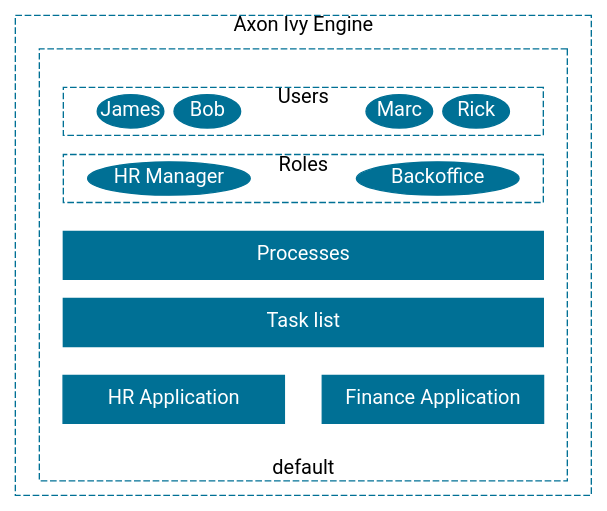
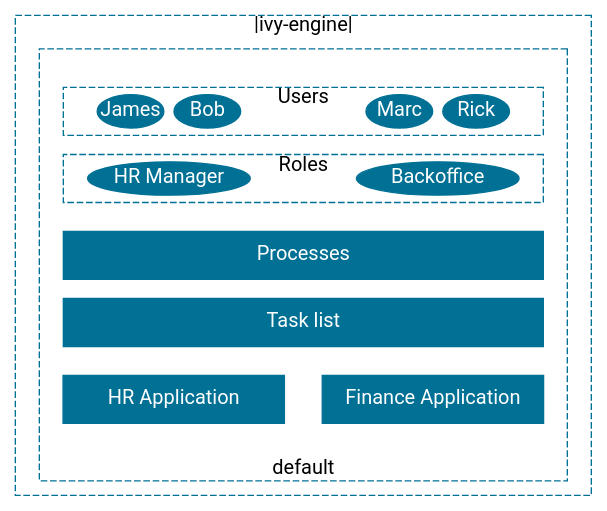
The diagram in source/concepts/application-lifecycle/engine.dot (bernhardAxonIvy/doc), drawn with Graphviz before and after one commit. The commit also changed 18 other files, not shown here.

```diff
--- a/source/concepts/application-lifecycle/engine.dot
+++ b/source/concepts/application-lifecycle/engine.dot
@@ -1,28 +1,28 @@
 digraph engine {
   layout=neato;
 
   node [shape=box, height="0.8", width="2", color="#007095", style=filled, fixedsize="true", margin=0, 
         fontname="Roboto,Helvetica Neue,Arial,sans-serif", fontcolor="white", fontsize=15
        ]; 
    
   /* nodes */
-  engine [ label="Axon Ivy Engine",         pos="0.0,0.0!",   width="6.0", height="5.0", style="dashed", fontcolor="black", labelloc="t"];
+  engine [ label="|ivy-engine|",         pos="0.0,0.0!",   width="6.0", height="5.0", style="dashed", fontcolor="black", labelloc="t"];
   default [ label="default",                pos="0.0,-0.1!",  width="5.5", height="4.5", style="dashed", fontcolor="black", labelloc="b"];
 
   processes [ label="Processes",            pos="0.0,0.0!",   width="5.0", height="0.5" ];
   tasklist [ label="Task list",             pos="0.0,-0.7!",  width="5.0", height="0.5" ];
 
   hrapp [ label="HR Application",           pos="-1.35,-1.5!", width="2.3", height="0.5" ];
   financeapp [ label="Finance Application", pos="1.35,-1.5!",  width="2.3", height="0.5" ];
 
   users [ label="Users",                    pos="0.0,1.5!",    width="5.0", height="0.5", style="dashed" fontcolor="black" labelloc="t"];
   roles [ label="Roles",                    pos="0.0,0.8!",    width="5.0", height="0.5", style="dashed" fontcolor="black" labelloc="t"];
 
   bob [ shape="ellipse" label="Bob",        pos="-1.0,1.5!",   width="0.7", height="0.35"];
   marc [ shape="ellipse" label="Marc",      pos="1.0,1.5!",    width="0.7", height="0.35"];
   rick [ shape="ellipse" label="Rick",      pos="1.8,1.5!",    width="0.7", height="0.35"];
   james [ shape="ellipse" label="James",    pos="-1.8,1.5!",   width="0.7", height="0.35"];
 
   hrmanager [ shape="ellipse" label="HR Manager", pos="-1.4,0.8!" width="1.7", height="0.35"];
   backoffice [ shape="ellipse" label="Backoffice", pos="1.4,0.8!" width="1.7", height="0.35"];
 }
```
